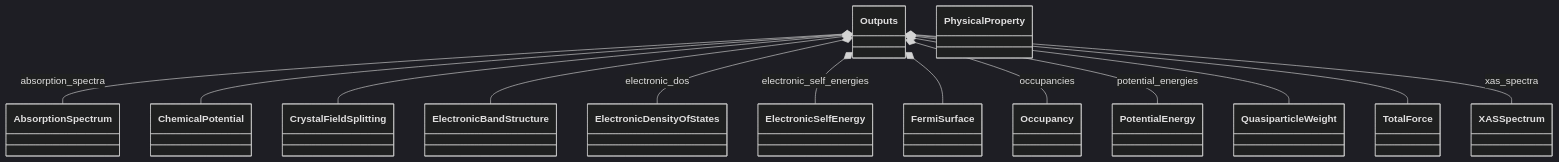
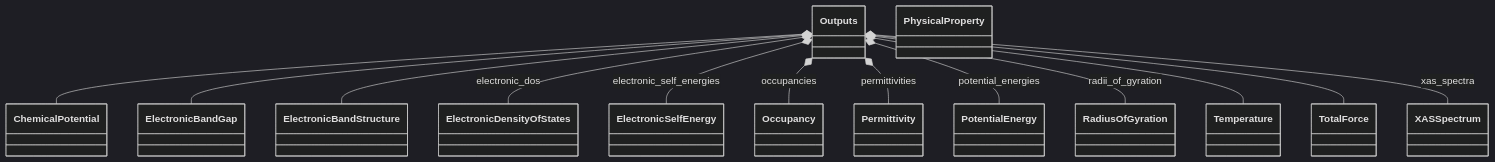
The first of 2 diagrams in docs/schema/outputs.diagram.md (FAIRmat-NFDI/nomad-simulations), drawn with Mermaid (dark theme) before and after one commit. The commit also changed 1 other file, not shown here.

Commit message:
docs integrity

````diff
--- a/docs/schema/outputs.diagram.md
+++ b/docs/schema/outputs.diagram.md
@@ -14,43 +14,43 @@
 ```mermaid
 classDiagram
-    class AbsorptionSpectrum {
-    }
     class ChemicalPotential {
     }
-    class CrystalFieldSplitting {
+    class ElectronicBandGap {
     }
     class ElectronicBandStructure {
     }
     class ElectronicDensityOfStates {
     }
     class ElectronicSelfEnergy {
     }
-    class FermiSurface {
-    }
     class Occupancy {
     }
     class Outputs {
+    }
+    class Permittivity {
     }
     class PhysicalProperty {
     }
     class PotentialEnergy {
     }
-    class QuasiparticleWeight {
+    class RadiusOfGyration {
+    }
+    class Temperature {
     }
     class TotalForce {
     }
     class XASSpectrum {
     }
-    Outputs *-- AbsorptionSpectrum : absorption_spectra
     Outputs *-- ChemicalPotential
-    Outputs *-- CrystalFieldSplitting
+    Outputs *-- ElectronicBandGap
     Outputs *-- ElectronicBandStructure
     Outputs *-- ElectronicDensityOfStates : electronic_dos
     Outputs *-- ElectronicSelfEnergy : electronic_self_energies
-    Outputs *-- FermiSurface
     Outputs *-- Occupancy : occupancies
+    Outputs *-- Permittivity : permittivities
     Outputs *-- PotentialEnergy : potential_energies
-    Outputs *-- QuasiparticleWeight
+    Outputs *-- RadiusOfGyration : radii_of_gyration
+    Outputs *-- Temperature
     Outputs *-- TotalForce
     Outputs *-- XASSpectrum : xas_spectra
 ```
````
